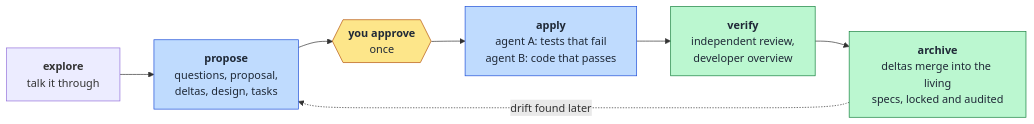
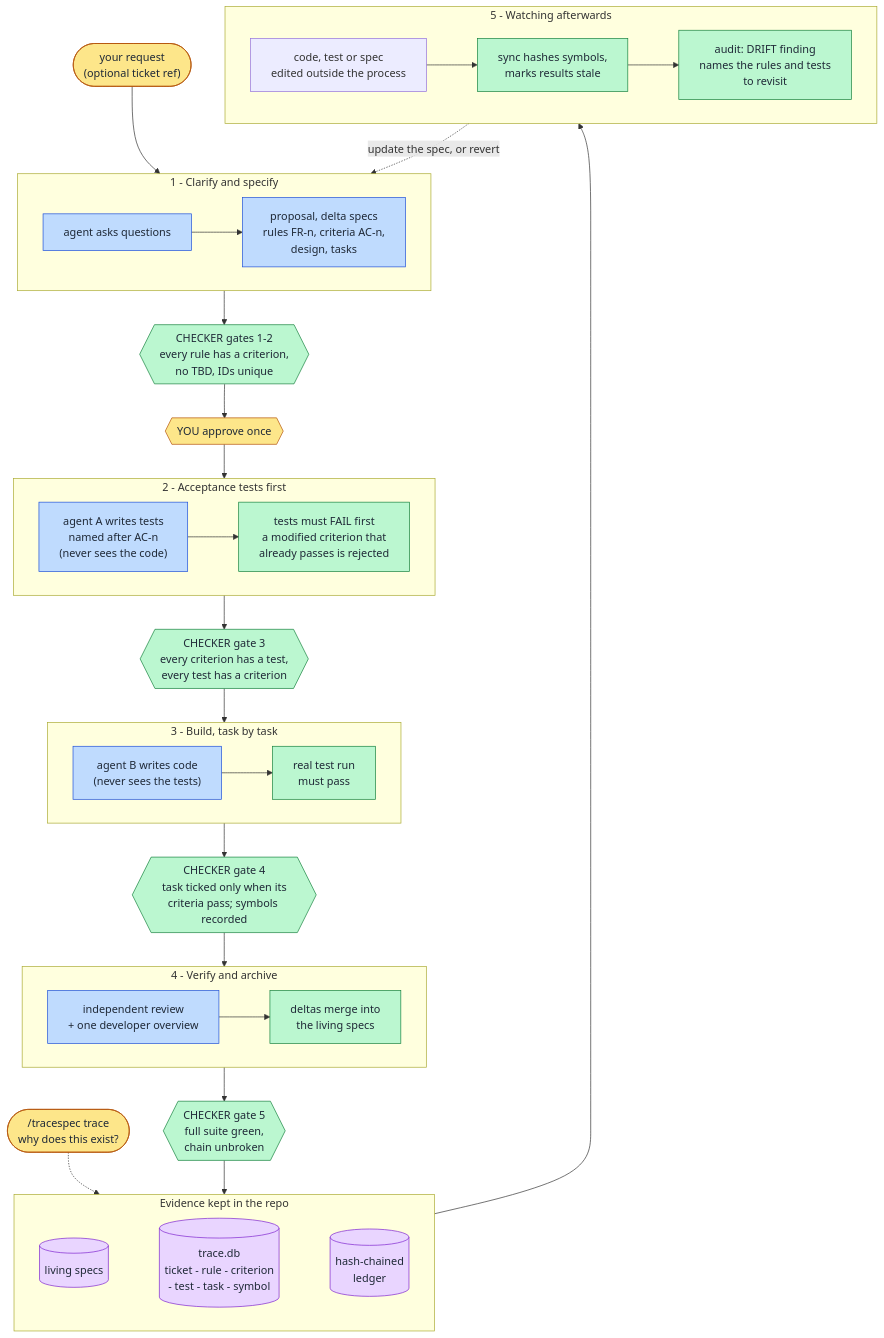
The diagram in README.md (knrl/tracespec), drawn with Mermaid before and after one commit. The commit also changed other lines of this file, not shown here.

Commit message:
Replace the README flowchart with one showing gates, evidence and drift

````diff
--- a/README.md
+++ b/README.md
@@ -14,16 +14,54 @@
 ```mermaid
-flowchart LR
-    E["<b>explore</b><br/>talk it through"] --> P["<b>propose</b><br/>questions, proposal,<br/>deltas, design, tasks"]
-    P --> A{{"<b>you approve</b><br/>once"}}
-    A --> AP["<b>apply</b><br/>agent A: tests that fail<br/>agent B: code that passes"]
-    AP --> V["<b>verify</b><br/>independent review,<br/>developer overview"]
-    V --> AR["<b>archive</b><br/>deltas merge into the living<br/>specs, locked and audited"]
-    AR -. "drift found later" .-> P
+flowchart TB
+    REQ(["your request<br/>(optional ticket ref)"])
+
+    subgraph SPEC["1 - Clarify and specify"]
+        direction LR
+        Q["agent asks questions"] --> DOC["proposal, delta specs<br/>rules FR-n, criteria AC-n,<br/>design, tasks"]
+    end
+    G12{{"CHECKER gates 1-2<br/>every rule has a criterion,<br/>no TBD, IDs unique"}}
+    YOU{{"YOU approve once"}}
+
+    subgraph TESTS["2 - Acceptance tests first"]
+        direction LR
+        TW["agent A writes tests<br/>named after AC-n<br/>(never sees the code)"] --> RED["tests must FAIL first<br/>a modified criterion that<br/>already passes is rejected"]
+    end
+    G3{{"CHECKER gate 3<br/>every criterion has a test,<br/>every test has a criterion"}}
+
+    subgraph BUILD["3 - Build, task by task"]
+        direction LR
+        CO["agent B writes code<br/>(never sees the tests)"] --> GREEN["real test run<br/>must pass"]
+    end
+    G4{{"CHECKER gate 4<br/>task ticked only when its<br/>criteria pass; symbols recorded"}}
+
+    subgraph CLOSE["4 - Verify and archive"]
+        direction LR
+        REV["independent review<br/>+ one developer overview"] --> ARCH["deltas merge into<br/>the living specs"]
+    end
+    G5{{"CHECKER gate 5<br/>full suite green,<br/>chain unbroken"}}
+
+    subgraph STORE["Evidence kept in the repo"]
+        direction LR
+        LS[("living specs")] ~~~ DB[("trace.db<br/>ticket - rule - criterion<br/>- test - task - symbol")] ~~~ LED[("hash-chained<br/>ledger")]
+    end
+
+    subgraph WATCH["5 - Watching afterwards"]
+        direction LR
+        EDIT["code, test or spec<br/>edited outside the process"] --> SYNC["sync hashes symbols,<br/>marks results stale"] --> AUD["audit: DRIFT finding<br/>names the rules and tests<br/>to revisit"]
+    end
+
+    REQ --> SPEC --> G12 --> YOU --> TESTS --> G3 --> BUILD --> G4 --> CLOSE --> G5
+    G5 --> STORE
+    STORE --> WATCH
+    AUD -. "update the spec, or revert" .-> SPEC
+    ASK(["/tracespec trace<br/>why does this exist?"]) -.-> DB
 
     classDef human fill:#fde68a,stroke:#b45309,color:#1f2937
     classDef agent fill:#bfdbfe,stroke:#1d4ed8,color:#1f2937
     classDef tool fill:#bbf7d0,stroke:#15803d,color:#1f2937
-    class A human
-    class AP,P agent
-    class V,AR tool
+    classDef store fill:#e9d5ff,stroke:#7e22ce,color:#1f2937
+    class REQ,YOU,ASK human
+    class Q,DOC,TW,CO,REV agent
+    class G12,G3,G4,G5,RED,GREEN,SYNC,AUD,ARCH tool
+    class LS,DB,LED store
 ```
````
